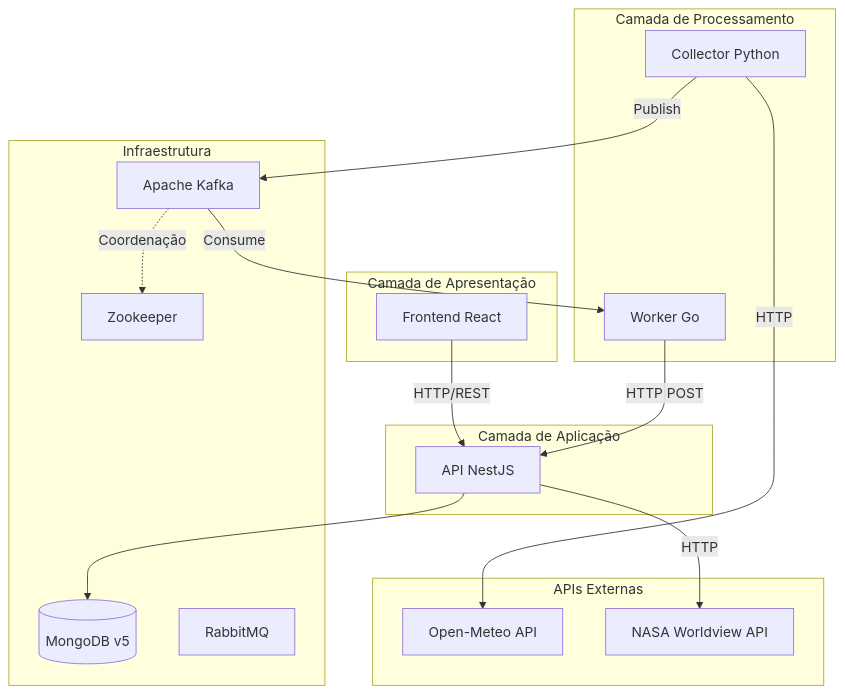
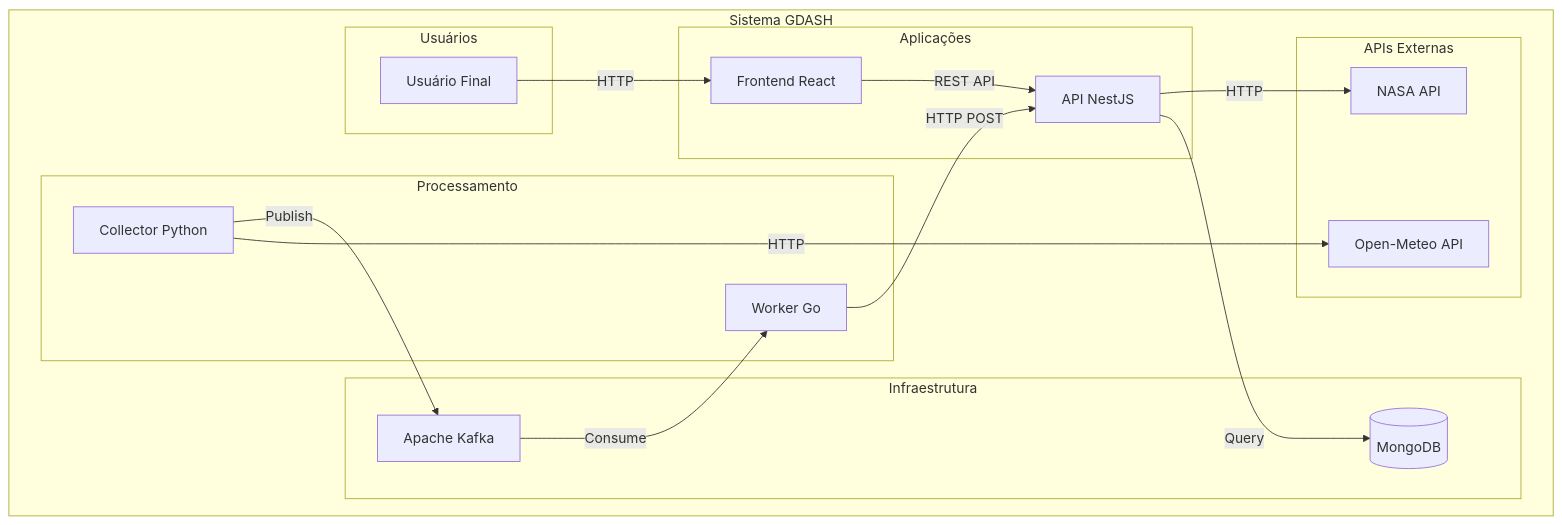
Before and after one commit to GDASH-io/desafio-gdash-2025-02: the first of 10 diagrams in README.md, drawn with Mermaid. The commit also changed other lines of this file, not shown here.

````diff
--- a/README.md
+++ b/README.md
@@ -48,37 +285,37 @@
 ```mermaid
 graph TB
-    subgraph "Camada de Apresentação"
-        FE[Frontend React]
+    subgraph "Sistema GDASH"
+        subgraph "Usuários"
+            USER[Usuário Final]
+        end
+        
+        subgraph "Aplicações"
+            FE[Frontend React]
+            API[API NestJS]
+        end
+        
+        subgraph "Processamento"
+            COL[Collector Python]
+            WORK[Worker Go]
+        end
+        
+        subgraph "Infraestrutura"
+            KAFKA[Apache Kafka]
+            MONGO[(MongoDB)]
+        end
+        
+        subgraph "APIs Externas"
+            OM[Open-Meteo API]
+            NASA[NASA API]
+        end
     end
     
-    subgraph "Camada de Aplicação"
-        API[API NestJS]
-    end
-    
-    subgraph "Camada de Processamento"
-        COL[Collector Python]
-        WORK[Worker Go]
-    end
-    
-    subgraph "Infraestrutura"
-        KAFKA[Apache Kafka]
-        ZOOK[Zookeeper]
-        MONGO[(MongoDB v5)]
-        RABBIT[RabbitMQ]
-    end
-    
-    subgraph "APIs Externas"
-        OM[Open-Meteo API]
-        NASA[NASA Worldview API]
-    end
-    
-    FE -->|HTTP/REST| API
-    API --> MONGO
+    USER -->|HTTP| FE
+    FE -->|REST API| API
     COL -->|HTTP| OM
     COL -->|Publish| KAFKA
     KAFKA -->|Consume| WORK
     WORK -->|HTTP POST| API
+    API -->|Query| MONGO
     API -->|HTTP| NASA
-    
-    KAFKA -.->|Coordenação| ZOOK
 ```
````
